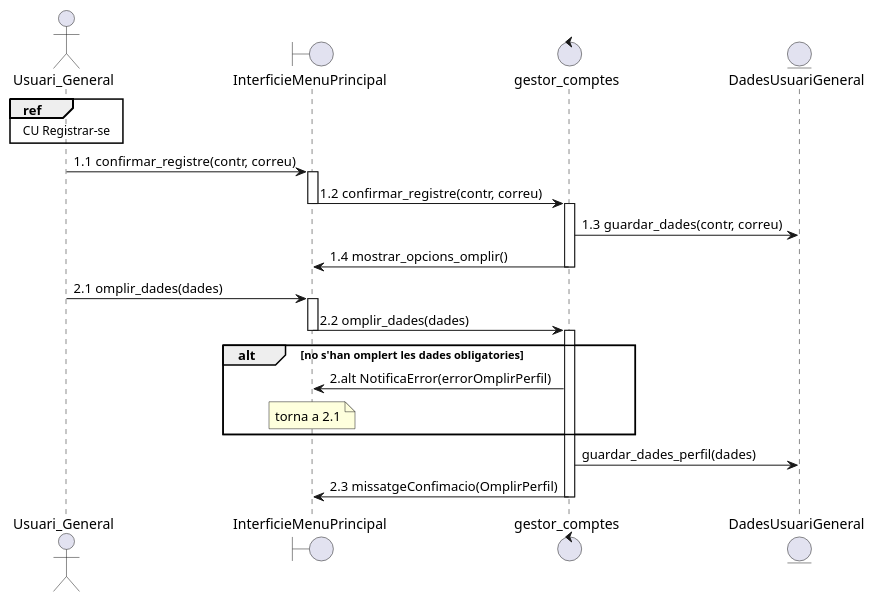
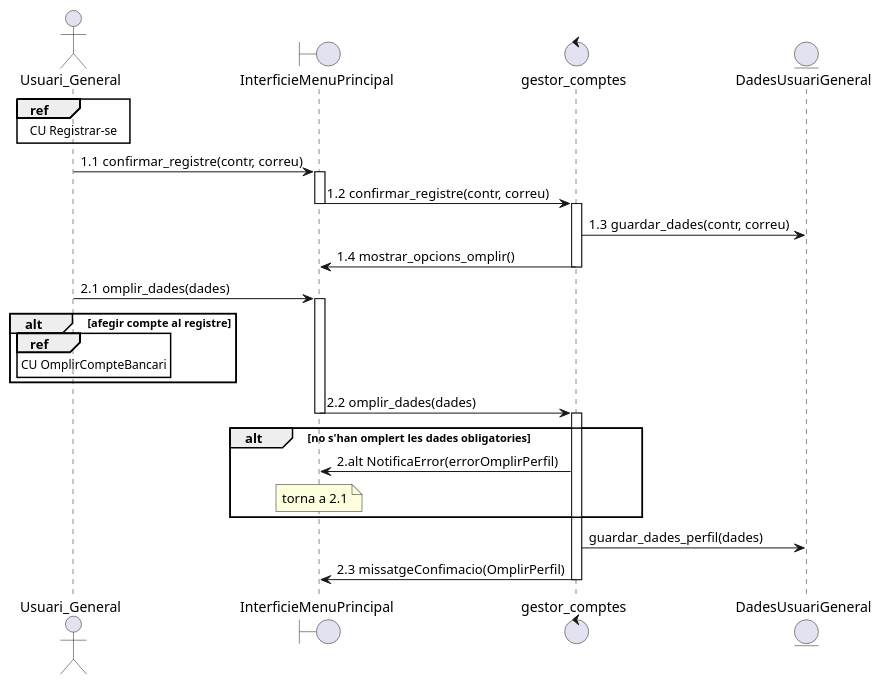
Before and after one commit to martipages/ES23UAB431-02: the diagram in documents/Diagrames i Especificacions/Seqüencia/ALEJANDRO/5- Omplir perfil.puml, drawn with PlantUML. The commit also changed 3 other files, not shown here.

```diff
--- a/documents/Diagrames i Especificacions/Seqüencia/ALEJANDRO/5- Omplir perfil.puml
+++ b/documents/Diagrames i Especificacions/Seqüencia/ALEJANDRO/5- Omplir perfil.puml
@@ -1,23 +1,26 @@
 @startuml
 
 actor Usuari_General as Usuari
 boundary InterficieMenuPrincipal as interficie
 control gestor_comptes as gestor
 entity DadesUsuariGeneral as dades
 
 ref over Usuari : CU Registrar-se
 Usuari -> interficie ++: 1.1 confirmar_registre(contr, correu)
 interficie -> gestor --++: 1.2 confirmar_registre(contr, correu)
 gestor -> dades : 1.3 guardar_dades(contr, correu)
 gestor -> interficie--: 1.4 mostrar_opcions_omplir()
 
 Usuari -> interficie ++: 2.1 omplir_dades(dades)
+alt afegir compte al registre
+ref over Usuari : CU OmplirCompteBancari
+end
 interficie -> gestor --++: 2.2 omplir_dades(dades)
 alt no s'han omplert les dades obligatories
 gestor -> interficie : 2.alt NotificaError(errorOmplirPerfil)
 note over interficie : torna a 2.1
 end
 gestor -> dades : guardar_dades_perfil(dades)
 gestor -> interficie --: 2.3 missatgeConfimacio(OmplirPerfil)
 
 @enduml
```
